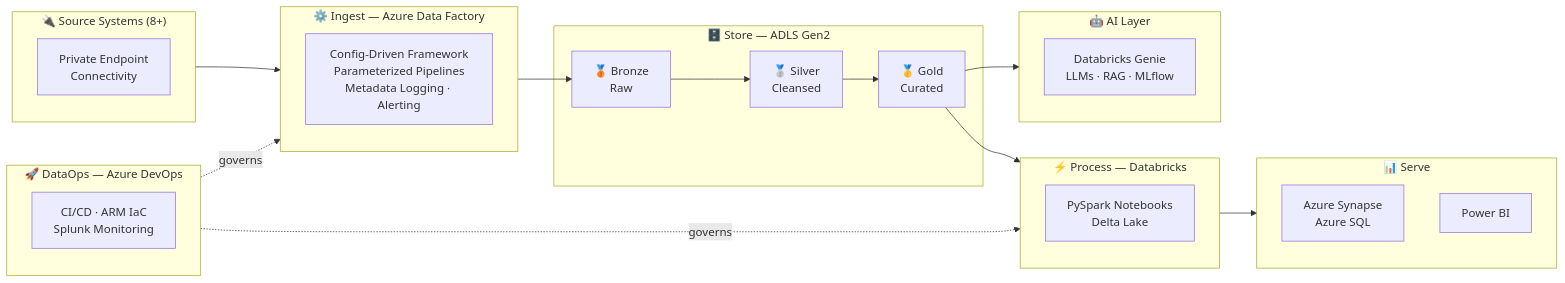
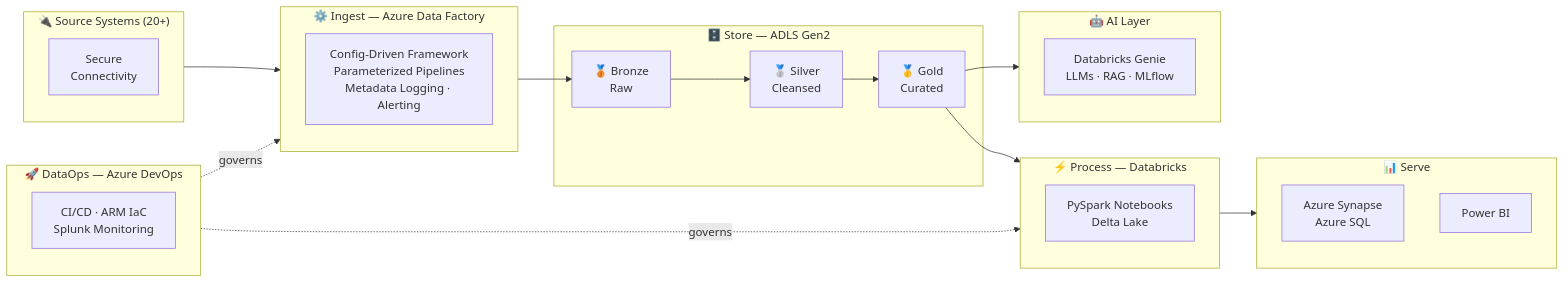
Before and after one commit to ashishpurohit30/ashishpurohit30.github.io: the diagram in README.md, drawn with Mermaid. The commit also changed other lines of this file and 3 other files, not shown here.

````diff
--- a/README.md
+++ b/README.md
@@ -98,40 +98,40 @@
 ```mermaid
 flowchart LR
-    subgraph SOURCES["🔌 Source Systems (8+)"]
-        S1["Private Endpoint\nConnectivity"]
+    subgraph SOURCES["🔌 Source Systems (20+)"]
+        S1["Secure\nConnectivity"]
     end
 
     subgraph INGEST["⚙️ Ingest — Azure Data Factory"]
         ADF["Config-Driven Framework\nParameterized Pipelines\nMetadata Logging · Alerting"]
     end
 
     subgraph STORE["🗄️ Store — ADLS Gen2"]
         B["🥉 Bronze\nRaw"]
         SI["🥈 Silver\nCleansed"]
         G["🥇 Gold\nCurated"]
     end
 
     subgraph PROCESS["⚡ Process — Databricks"]
         DBX["PySpark Notebooks\nDelta Lake"]
     end
 
     subgraph SERVE["📊 Serve"]
         SYN["Azure Synapse\nAzure SQL"]
         PBI["Power BI"]
     end
 
     subgraph AI["🤖 AI Layer"]
         GEN["Databricks Genie\nLLMs · RAG · MLflow"]
     end
 
     subgraph OPS["🚀 DataOps — Azure DevOps"]
         CICD["CI/CD · ARM IaC\nSplunk Monitoring"]
     end
 
     SOURCES --> INGEST --> B --> SI --> G
     G --> PROCESS
     PROCESS --> SERVE
     G --> AI
     OPS -.->|governs| INGEST
     OPS -.->|governs| PROCESS
 ```
````
